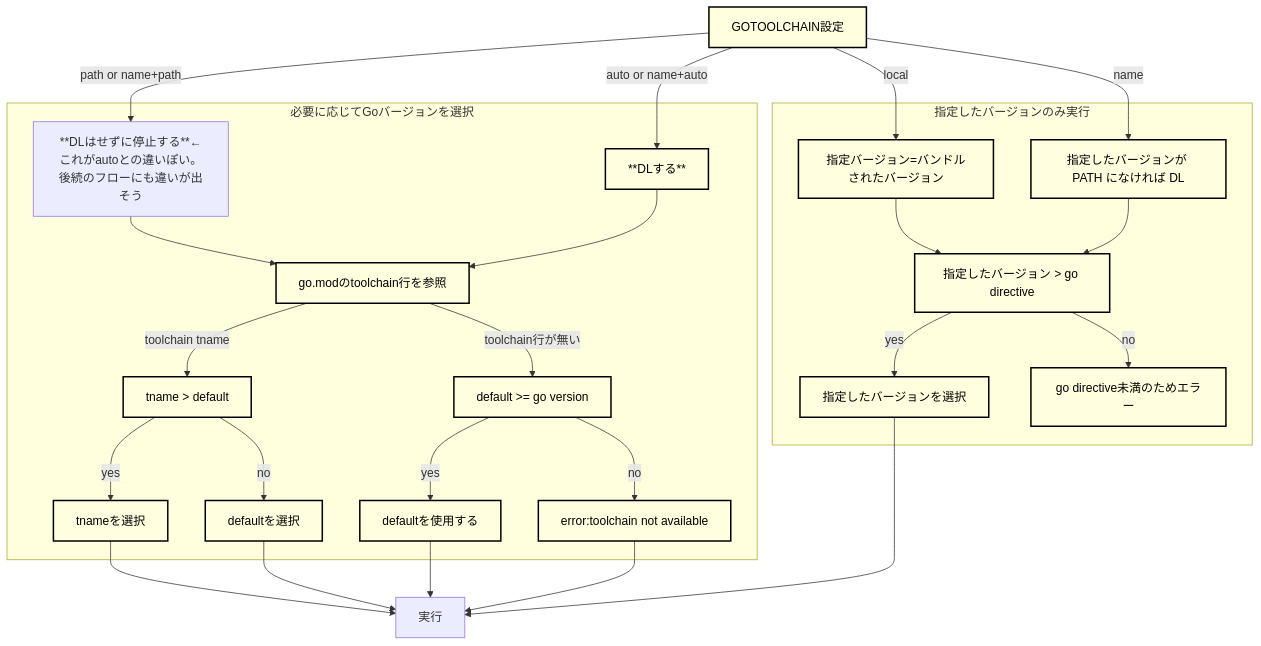
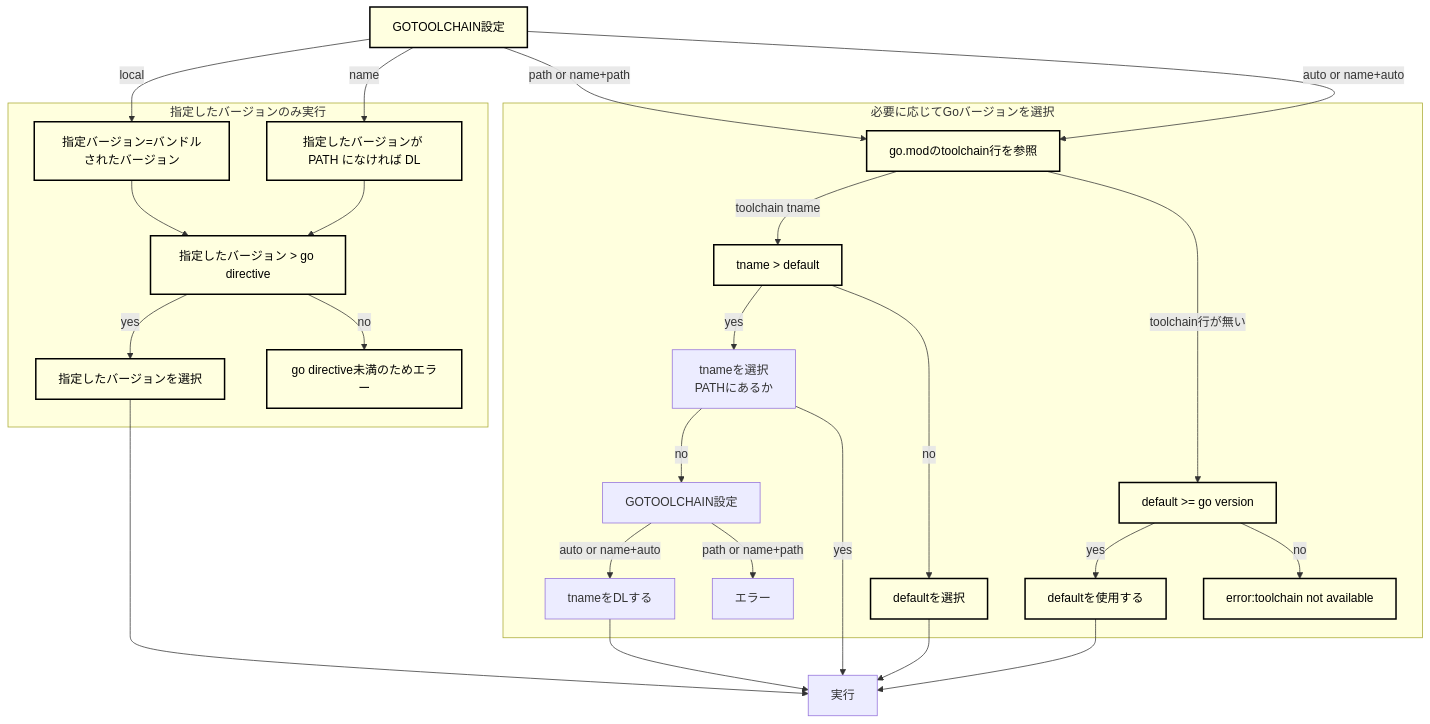
One commit to atushi-koga/go-example changed the diagram in gotoolchain/README.md. Above: the diagram before and after it, drawn with Mermaid.

Commit message:
doc:フローチャートの更新

````diff
--- a/gotoolchain/README.md
+++ b/gotoolchain/README.md
@@ -9,40 +9,41 @@
 ```mermaid
 graph TD
 classDef lightYellow fill:#FFFFE0,stroke:#000,stroke-width:2px,color:#000;
 A[GOTOOLCHAIN設定]
 A -->|local| B[指定バージョン=バンドルされたバージョン]
 A -->|name| C[指定したバージョンが PATH になければ DL]
-A -->|path or name+path| D[**DLはせずに停止する**←これがautoとの違いぽい。後続のフローにも違いが出そう]
-A -->|auto or name+auto| E[**DLする**]
+A -->|path or name+path| F
+A -->|auto or name+auto| F
 
 subgraph Group1 [指定したバージョンのみ実行]
     B
     C
     B --> N[指定したバージョン > go directive]
     C --> N
     N -->|yes| O[指定したバージョンを選択]
     N -->|no| P[go directive未満のためエラー]
 end
 
 %% サブグラフでDとEから派生するノードを囲む
 subgraph Group2 [必要に応じてGoバージョンを選択]
     F[go.modのtoolchain行を参照]
-    D --> F
-    E --> F
     F -->|toolchain tname| H[tname > default]
     F -->|toolchain行が無い| I[default >= go version]
-    H -->|yes| J[tnameを選択]
+    H -->|yes| Q[tnameを選択<br>PATHにあるか]
+    Q -->|no| S[GOTOOLCHAIN設定]
+    S -->|auto or name+auto| V[tnameをDLする]
+    S -->|path or name+path| R[エラー]
     H -->|no| K[defaultを選択]
     I -->|yes| L[defaultを使用する]
     I -->|no| M[error:toolchain not available]
 end
 
 Z[実行]
-J --> Z
+Q -->|yes| Z
 K --> Z
 L --> Z
-M --> Z
 O --> Z
+V --> Z
 
 class A,B,C,E,F,H,I,J,K,L,M,N,O,P lightYellow;
 ```
````
